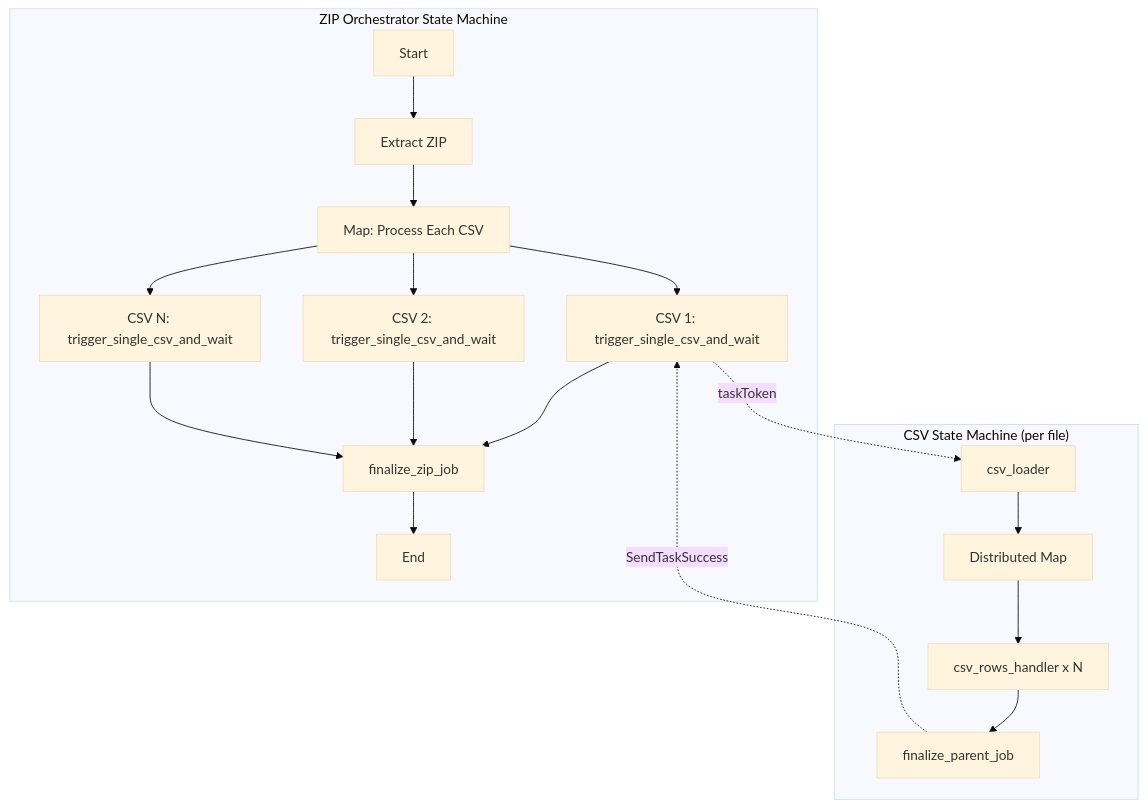
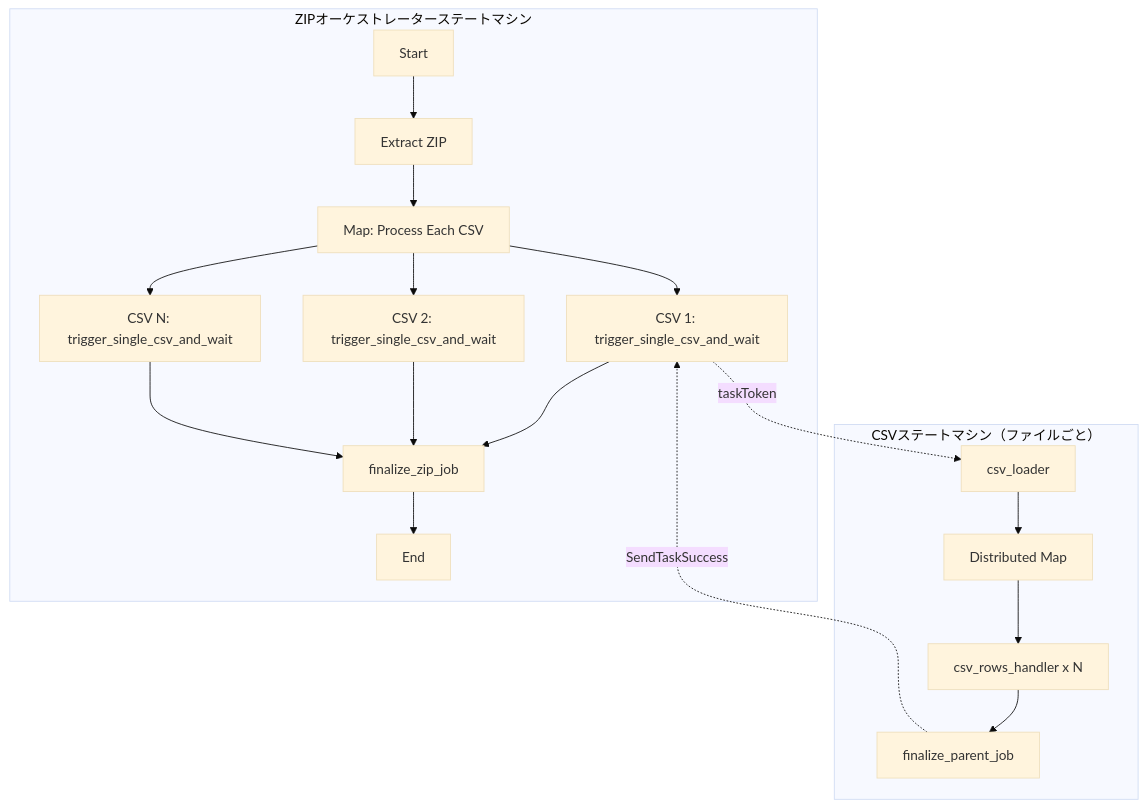
Before and after one commit to mbc-net/mbc-cqrs-serverless-doc: the eighth of 8 diagrams in i18n/ja/docusaurus-plugin-content-docs/current/architecture/step-functions.md, drawn with Mermaid (base theme). The commit also changed other lines of this file and 11 other files, not shown here.

First line of the commit message:
Add i18n translation placeholders to mermaid diagram labels

````diff
--- a/i18n/ja/docusaurus-plugin-content-docs/current/architecture/step-functions.md
+++ b/i18n/ja/docusaurus-plugin-content-docs/current/architecture/step-functions.md
@@ -957,23 +957,23 @@
 ```mermaid
 flowchart TB
-    subgraph ZipOrchestrator["ZIP Orchestrator State Machine"]
+    subgraph ZipOrchestrator["ZIPオーケストレーターステートマシン"]
         A[Start] --> B[Extract ZIP]
         B --> C[Map: Process Each CSV]
         C --> D1[CSV 1: trigger_single_csv_and_wait]
         C --> D2[CSV 2: trigger_single_csv_and_wait]
         C --> D3[CSV N: trigger_single_csv_and_wait]
         D1 --> E[finalize_zip_job]
         D2 --> E
         D3 --> E
         E --> F[End]
     end
 
-    subgraph CsvStateMachine["CSV State Machine (per file)"]
+    subgraph CsvStateMachine["CSVステートマシン（ファイルごと）"]
         G[csv_loader] --> H[Distributed Map]
         H --> I[csv_rows_handler x N]
         I --> J[finalize_parent_job]
     end
 
     D1 -.->|taskToken| G
     J -.->|SendTaskSuccess| D1
 ```
````
